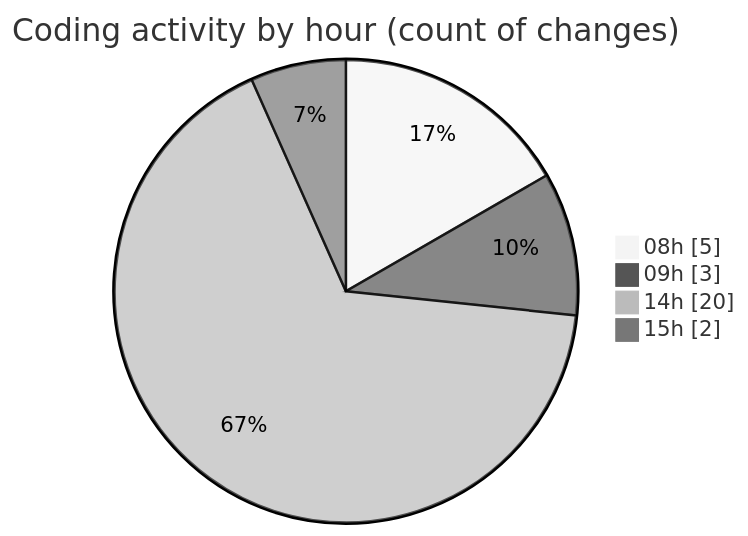
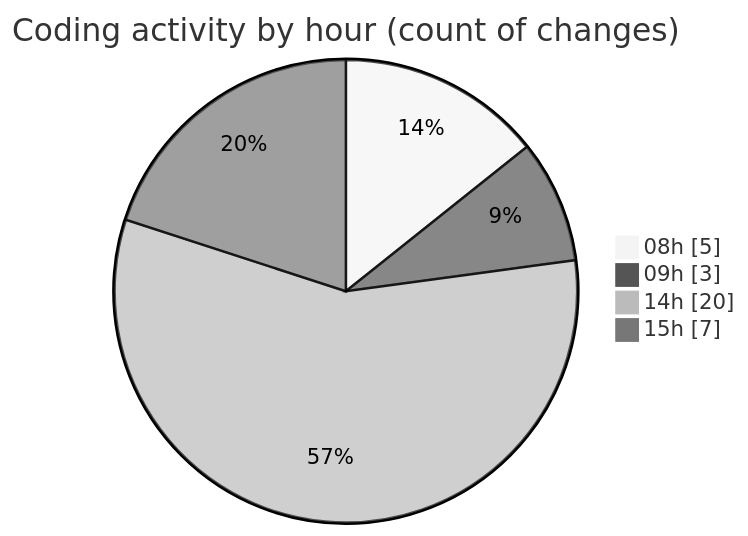
The second of 2 diagrams in 2026-08-31/web/README.md (LanceThiago/code-tracking), drawn with Mermaid (neutral theme) before and after one commit. The commit also changed other lines of this file and 1 other file, not shown here.

````diff
--- a/2026-08-31/web/README.md
+++ b/2026-08-31/web/README.md
@@ -31,8 +32,8 @@
 ```mermaid
 pie showData
 title Coding activity by hour (count of changes)
 "08h" : 5
 "09h" : 3
 "14h" : 20
-"15h" : 2
+"15h" : 7
 ```
````
